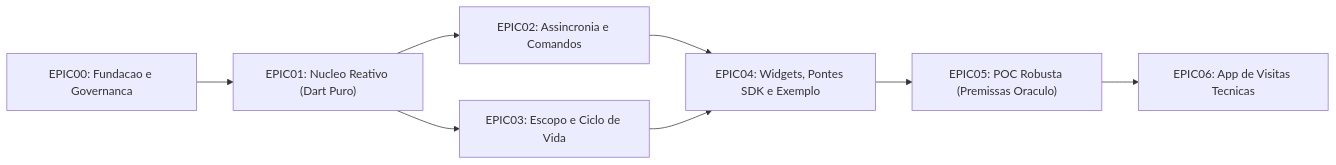
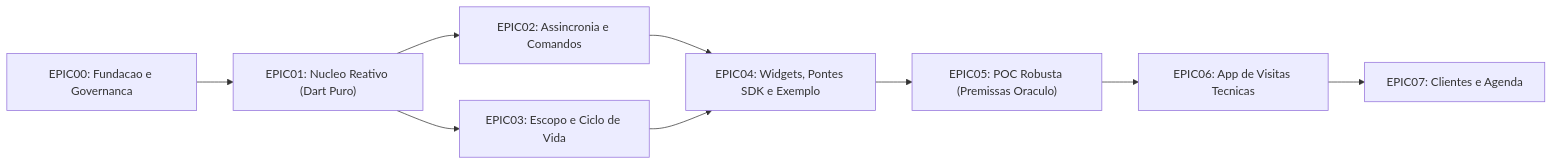
The diagram in docs/plan/README.md (DenersonNobre/Kortex), drawn with Mermaid before and after one commit. The commit also changed other lines of this file and 14 other files, not shown here.

````diff
--- a/docs/plan/README.md
+++ b/docs/plan/README.md
@@ -10,10 +10,11 @@
 ```mermaid
 flowchart LR
     E0["EPIC00: Fundacao e Governanca"] --> E1["EPIC01: Nucleo Reativo (Dart Puro)"]
     E1 --> E2["EPIC02: Assincronia e Comandos"]
     E1 --> E3["EPIC03: Escopo e Ciclo de Vida"]
     E2 --> E4["EPIC04: Widgets, Pontes SDK e Exemplo"]
     E3 --> E4
     E4 --> E5["EPIC05: POC Robusta (Premissas Oraculo)"]
     E5 --> E6["EPIC06: App de Visitas Tecnicas"]
+    E6 --> E7["EPIC07: Clientes e Agenda"]
 ```
````
